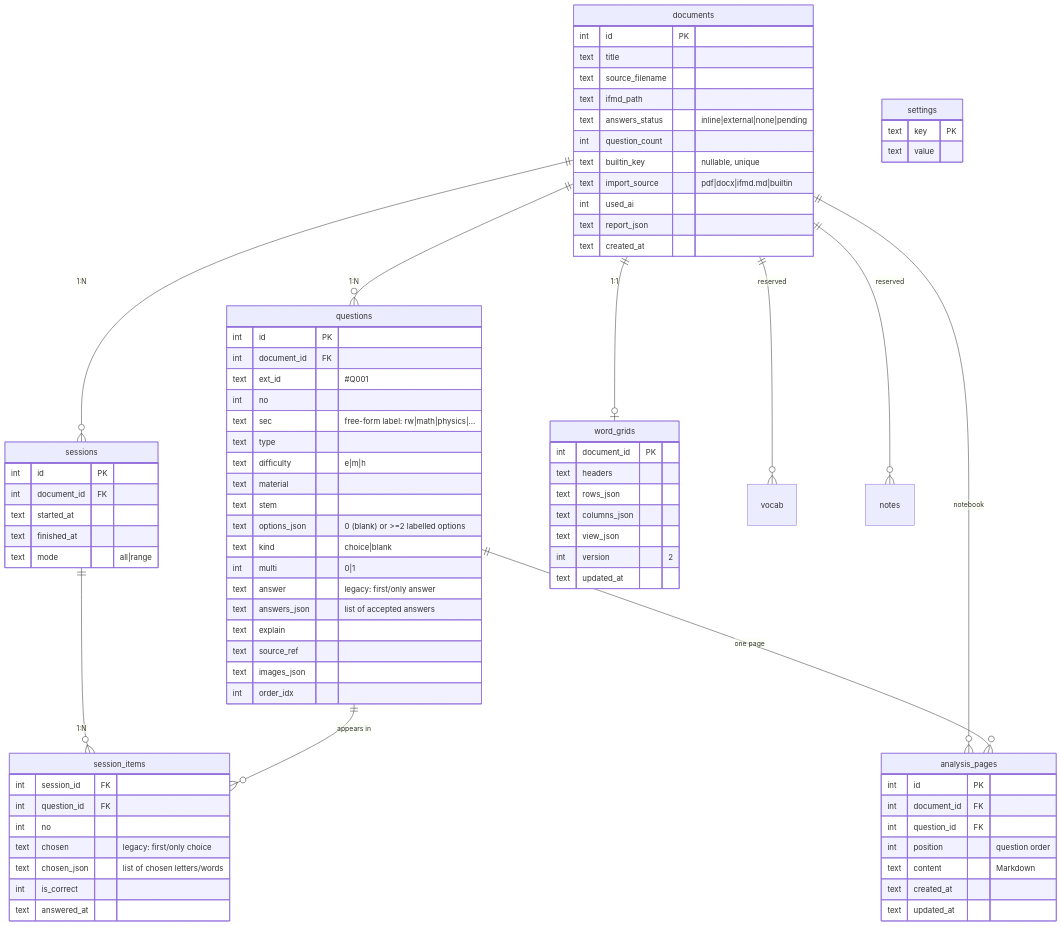
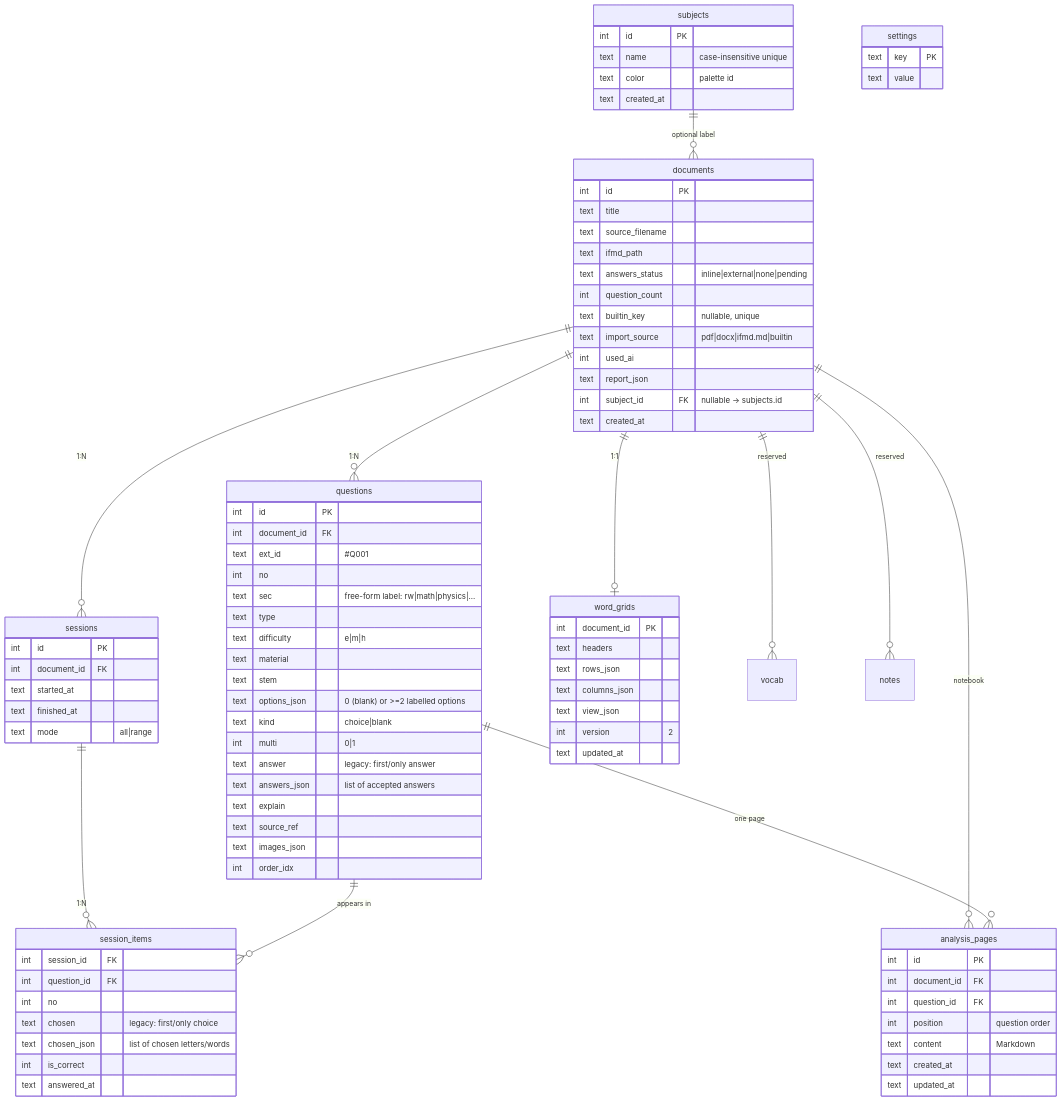
One commit to JasonSun2009CN/InteFlow changed the second of 2 diagrams in docs/ARCHITECTURE.md. Above: the diagram before and after it, drawn with Mermaid. The commit also changed other lines of this file and 44 other files, not shown here.

```diff
--- a/docs/ARCHITECTURE.md
+++ b/docs/ARCHITECTURE.md
@@ -103,7 +108,14 @@
   questions ||--o{ analysis_pages : "one page"
   documents ||--o{ vocab : "reserved"
   documents ||--o{ notes : "reserved"
+  subjects  ||--o{ documents : "optional label"
 
+  subjects {
+    int id PK
+    text name "case-insensitive unique"
+    text color "palette id"
+    text created_at
+  }
   documents {
     int id PK
     text title
@@ -115,6 +127,7 @@
     text import_source "pdf|docx|ifmd.md|builtin"
     int used_ai
     text report_json
+    int subject_id FK "nullable -> subjects.id"
     text created_at
   }
   questions {
```
